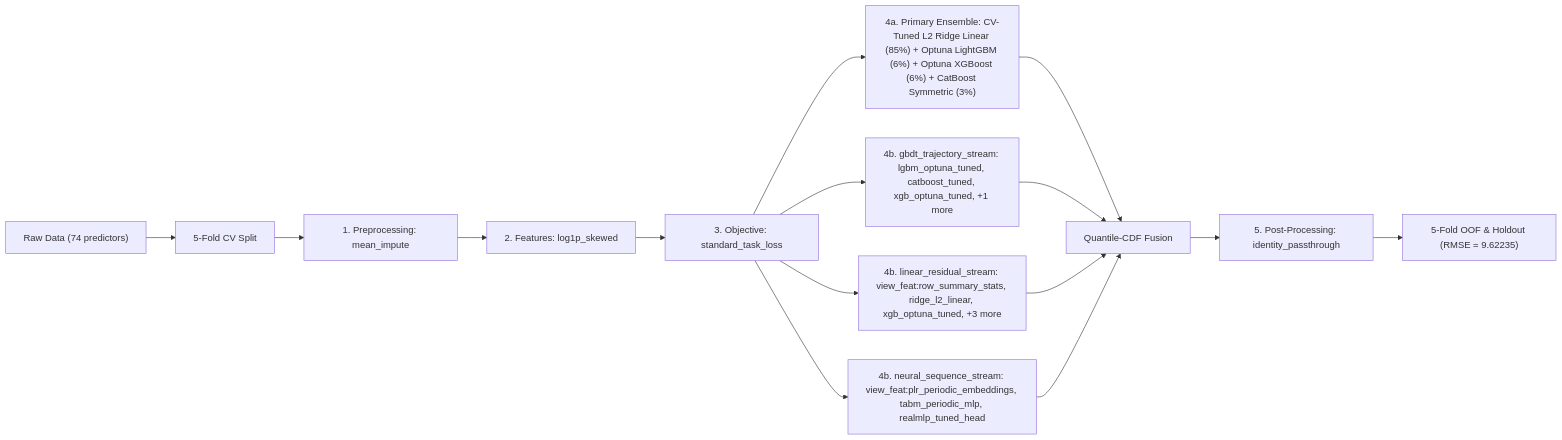
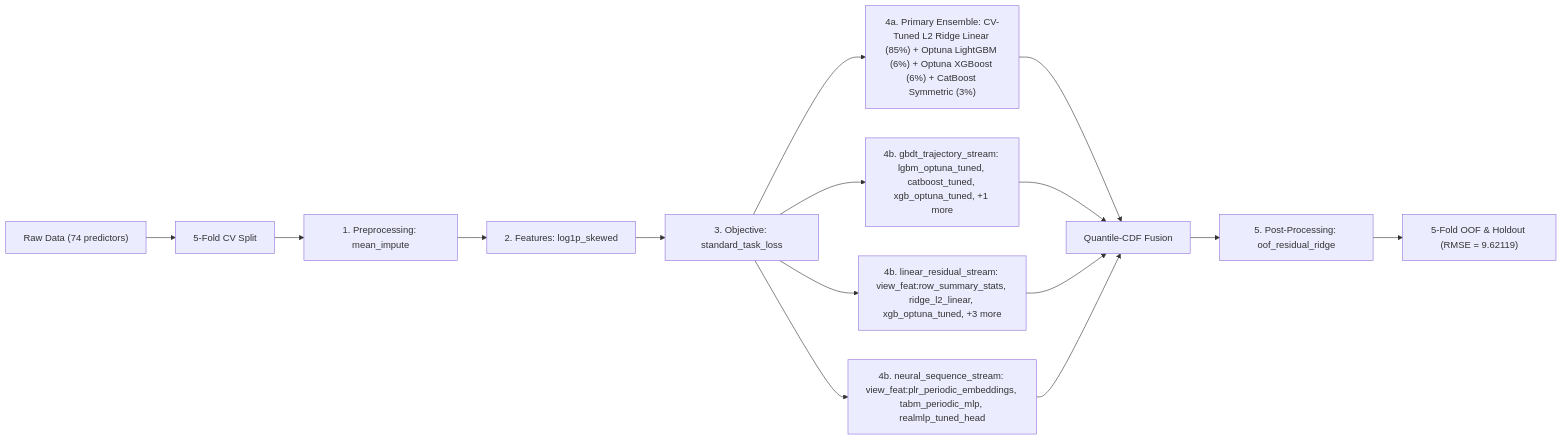
Before and after one commit to stefanoclss/ROGII-Wellbore-Geology-Prediction: the diagram in README.md, drawn with Mermaid. The commit also changed other lines of this file, not shown here.

First line of the commit message:
docs(readme): refresh verified OOF benchmark & build ledger (RMSE=9.62119)

````diff
--- a/README.md
+++ b/README.md
@@ -74,17 +75,17 @@
 ```mermaid
 flowchart LR
     DATA["Raw Data (74 predictors)"] --> SPLIT["5-Fold CV Split"]
     SPLIT --> PRE["1. Preprocessing: mean_impute"]
     PRE --> FEAT["2. Features: log1p_skewed"]
     FEAT --> OBJ["3. Objective: standard_task_loss"]
     OBJ --> M0["4a. Primary Ensemble: CV-Tuned L2 Ridge Linear (85%) + Optuna LightGBM (6%) + Optuna XGBoost (6%) + CatBoost Symmetric (3%)"]
     M0 --> FUSE["Quantile-CDF Fusion"]
     OBJ --> S1["4b. gbdt_trajectory_stream: lgbm_optuna_tuned, catboost_tuned, xgb_optuna_tuned, +1 more"]
     S1 --> FUSE
     OBJ --> S2["4b. linear_residual_stream: view_feat:row_summary_stats, ridge_l2_linear, xgb_optuna_tuned, +3 more"]
     S2 --> FUSE
     OBJ --> S3["4b. neural_sequence_stream: view_feat:plr_periodic_embeddings, tabm_periodic_mlp, realmlp_tuned_head"]
     S3 --> FUSE
-    FUSE --> POST["5. Post-Processing: identity_passthrough"]
-    POST --> OUT["5-Fold OOF & Holdout (RMSE = 9.62235)"]
+    FUSE --> POST["5. Post-Processing: oof_residual_ridge"]
+    POST --> OUT["5-Fold OOF & Holdout (RMSE = 9.62119)"]
 ```
````
